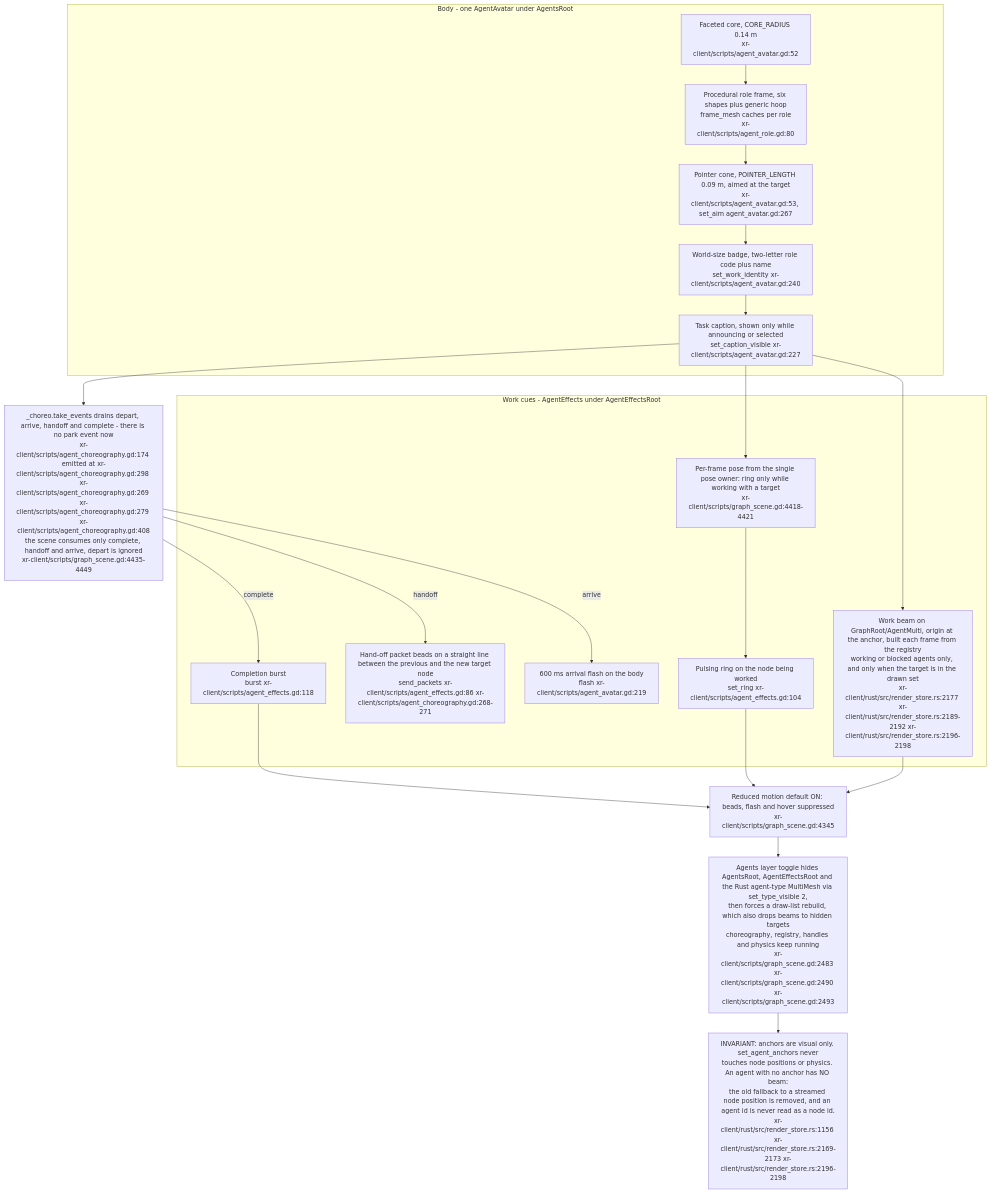
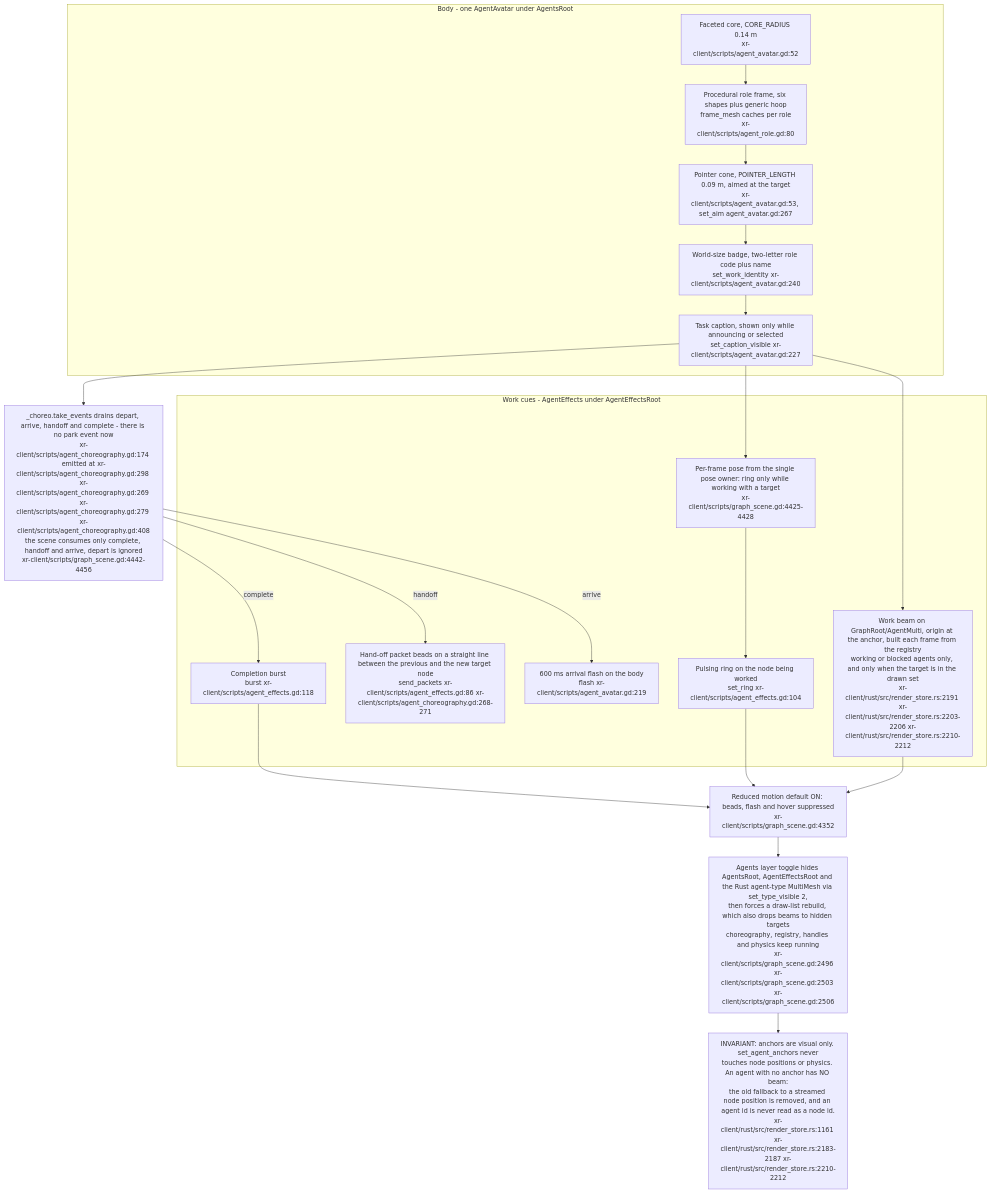
Diagram 23 of 30 in docs/diagrams/visionclaw/36-godot-xr-client.md (DreamLab-AI/VisionFlow), drawn with Mermaid before and after one commit. The commit also changed other lines of this file and 24 other files, not shown here.

Commit message:
docs: align XR liveness, filtering and rendering diagrams (#33)

````diff
--- a/docs/diagrams/visionclaw/36-godot-xr-client.md
+++ b/docs/diagrams/visionclaw/36-godot-xr-client.md
@@ -1191,32 +1206,32 @@
 ```mermaid
 flowchart TB
     subgraph body["Body - one AgentAvatar under AgentsRoot"]
         CORE["Faceted core, CORE_RADIUS 0.14 m<br/>xr-client/scripts/agent_avatar.gd:52"]
         FRAME["Procedural role frame, six shapes plus generic hoop<br/>frame_mesh caches per role<br/>xr-client/scripts/agent_role.gd:80"]
         PTR["Pointer cone, POINTER_LENGTH 0.09 m, aimed at the target<br/>xr-client/scripts/agent_avatar.gd:53, set_aim agent_avatar.gd:267"]
         BADGE["World-size badge, two-letter role code plus name<br/>set_work_identity xr-client/scripts/agent_avatar.gd:240"]
         CAP["Task caption, shown only while announcing or selected<br/>set_caption_visible xr-client/scripts/agent_avatar.gd:227"]
     end
     subgraph fx["Work cues - AgentEffects under AgentEffectsRoot"]
         RING["Pulsing ring on the node being worked<br/>set_ring xr-client/scripts/agent_effects.gd:104"]
         BEADS["Hand-off packet beads on a straight line between the previous and the new target node<br/>send_packets xr-client/scripts/agent_effects.gd:86 xr-client/scripts/agent_choreography.gd:268-271"]
         FLASH["600 ms arrival flash on the body<br/>flash xr-client/scripts/agent_avatar.gd:219"]
         BURST["Completion burst<br/>burst xr-client/scripts/agent_effects.gd:118"]
-        BEAM["Work beam on GraphRoot/AgentMulti, origin at the anchor, built each frame from the registry<br/>working or blocked agents only, and only when the target is in the drawn set<br/>xr-client/rust/src/render_store.rs:2177 xr-client/rust/src/render_store.rs:2189-2192 xr-client/rust/src/render_store.rs:2196-2198"]
-        POSE["Per-frame pose from the single pose owner: ring only while working with a target<br/>xr-client/scripts/graph_scene.gd:4418-4421"]
+        BEAM["Work beam on GraphRoot/AgentMulti, origin at the anchor, built each frame from the registry<br/>working or blocked agents only, and only when the target is in the drawn set<br/>xr-client/rust/src/render_store.rs:2191 xr-client/rust/src/render_store.rs:2203-2206 xr-client/rust/src/render_store.rs:2210-2212"]
+        POSE["Per-frame pose from the single pose owner: ring only while working with a target<br/>xr-client/scripts/graph_scene.gd:4425-4428"]
     end
-    EV["_choreo.take_events drains depart, arrive, handoff and complete - there is no park event now<br/>xr-client/scripts/agent_choreography.gd:174 emitted at xr-client/scripts/agent_choreography.gd:298 xr-client/scripts/agent_choreography.gd:269 xr-client/scripts/agent_choreography.gd:279 xr-client/scripts/agent_choreography.gd:408<br/>the scene consumes only complete, handoff and arrive, depart is ignored<br/>xr-client/scripts/graph_scene.gd:4435-4449"]
-    RM["Reduced motion default ON: beads, flash and hover suppressed<br/>xr-client/scripts/graph_scene.gd:4345"]
-    TOG["Agents layer toggle hides AgentsRoot, AgentEffectsRoot and the Rust agent-type MultiMesh via set_type_visible 2,<br/>then forces a draw-list rebuild, which also drops beams to hidden targets<br/>choreography, registry, handles and physics keep running<br/>xr-client/scripts/graph_scene.gd:2483 xr-client/scripts/graph_scene.gd:2490 xr-client/scripts/graph_scene.gd:2493"]
+    EV["_choreo.take_events drains depart, arrive, handoff and complete - there is no park event now<br/>xr-client/scripts/agent_choreography.gd:174 emitted at xr-client/scripts/agent_choreography.gd:298 xr-client/scripts/agent_choreography.gd:269 xr-client/scripts/agent_choreography.gd:279 xr-client/scripts/agent_choreography.gd:408<br/>the scene consumes only complete, handoff and arrive, depart is ignored<br/>xr-client/scripts/graph_scene.gd:4442-4456"]
+    RM["Reduced motion default ON: beads, flash and hover suppressed<br/>xr-client/scripts/graph_scene.gd:4352"]
+    TOG["Agents layer toggle hides AgentsRoot, AgentEffectsRoot and the Rust agent-type MultiMesh via set_type_visible 2,<br/>then forces a draw-list rebuild, which also drops beams to hidden targets<br/>choreography, registry, handles and physics keep running<br/>xr-client/scripts/graph_scene.gd:2496 xr-client/scripts/graph_scene.gd:2503 xr-client/scripts/graph_scene.gd:2506"]
     CORE --> FRAME --> PTR --> BADGE --> CAP
     CAP --> EV
     EV -->|"handoff"| BEADS
     EV -->|"arrive"| FLASH
     EV -->|"complete"| BURST
     CAP --> POSE --> RING
     CAP --> BEAM
     BURST --> RM
     RING --> RM
     BEAM --> RM --> TOG
-    TOG --> INV["INVARIANT: anchors are visual only. set_agent_anchors never<br/>touches node positions or physics. An agent with no anchor has NO beam:<br/>the old fallback to a streamed node position is removed, and an agent id is never read as a node id.<br/>xr-client/rust/src/render_store.rs:1156 xr-client/rust/src/render_store.rs:2169-2173 xr-client/rust/src/render_store.rs:2196-2198"]
+    TOG --> INV["INVARIANT: anchors are visual only. set_agent_anchors never<br/>touches node positions or physics. An agent with no anchor has NO beam:<br/>the old fallback to a streamed node position is removed, and an agent id is never read as a node id.<br/>xr-client/rust/src/render_store.rs:1161 xr-client/rust/src/render_store.rs:2183-2187 xr-client/rust/src/render_store.rs:2210-2212"]
 ```
````
